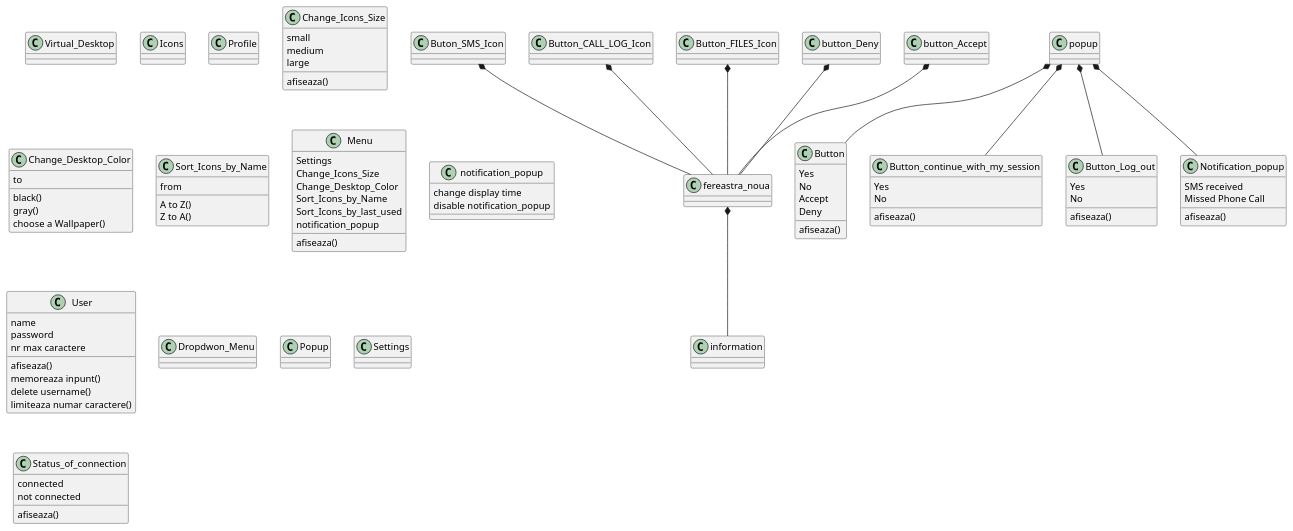
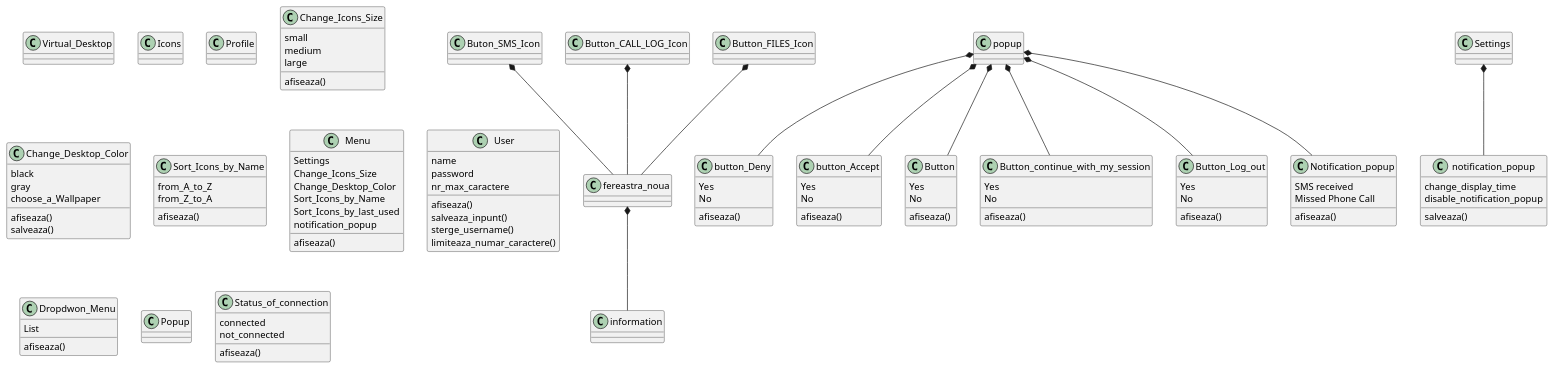
Before and after one commit to ofrasia/Remote_Phone_App_1: the diagram in Class Diagram.puml, drawn with PlantUML.

Commit message:
Class Diagram update

```diff
--- a/Class Diagram.puml
+++ b/Class Diagram.puml
@@ -1,113 +1,126 @@
 @startuml
 class Virtual_Desktop {
 }
 class Icons {
 }
 class Buton_SMS_Icon {
 }
 class Button_CALL_LOG_Icon {
 }
 class Button_FILES_Icon {
 }
 class Profile {
 }
 class button_Deny {
+Yes
+No
+afiseaza()
 }
-class button_Accept
+class button_Accept{
+Yes
+No
+afiseaza()
+}
 popup *-- Button
 popup *-- Button_continue_with_my_session
 popup *-- Button_Log_out
 popup *-- Notification_popup
+popup *-- button_Accept
+popup *-- button_Deny
+Settings *-- notification_popup
+
 
 class Button_Log_out {
 afiseaza()
 Yes
 No
 }
 class Button_continue_with_my_session {
 afiseaza()
 Yes
 No
 }
 
 class Change_Icons_Size {
 small
 medium
 large
 afiseaza()
 }
 
 class Change_Desktop_Color {
-to
-black()
-gray()
-choose a Wallpaper()
+afiseaza()
+salveaza()
+black
+gray
+choose_a_Wallpaper
 }
 
 class Sort_Icons_by_Name {
-from
-A to Z()
-Z to A()
+afiseaza()
+from_A_to_Z
+from_Z_to_A
 }
 
 class Menu{
 Settings
 afiseaza()
 Change_Icons_Size
 Change_Desktop_Color
 Sort_Icons_by_Name
 Sort_Icons_by_last_used
 notification_popup
 }
 
 
 class notification_popup {
-change display time
-disable notification_popup
+change_display_time
+disable_notification_popup
+salveaza()
 }
 
 class User {
 name
 password
-nr max caractere
+nr_max_caractere
 afiseaza()
-memoreaza inpunt()
-delete username()
-limiteaza numar caractere()
+salveaza_inpunt()
+sterge_username()
+limiteaza_numar_caractere()
 }
 class Dropdwon_Menu {
+List
+afiseaza()
 }
 class Popup {
 
 }
 class Settings {
 }
 class Status_of_connection {
 connected
-not connected
+not_connected
 afiseaza()
 }
 class fereastra_noua {
 }
 class Button {
 Yes
 No
-Accept
-Deny
+
 afiseaza()
 }
 
 class Notification_popup {
 SMS received
 Missed Phone Call
 afiseaza()
 }
 class information
 fereastra_noua *-- information
 Buton_SMS_Icon *-- fereastra_noua
 Button_CALL_LOG_Icon *-- fereastra_noua
 Button_FILES_Icon *-- fereastra_noua
-button_Accept *-- fereastra_noua
-button_Deny *-- fereastra_noua
+
 
 @enduml
```
